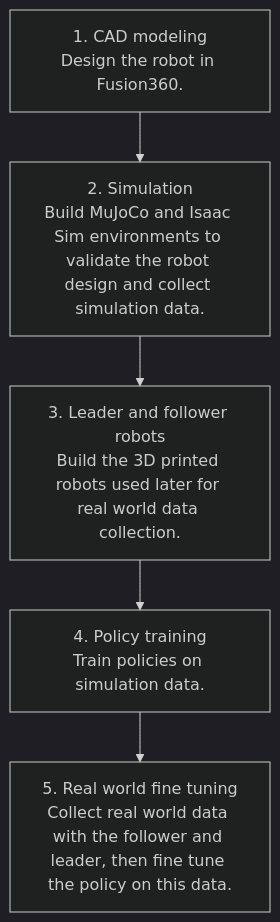
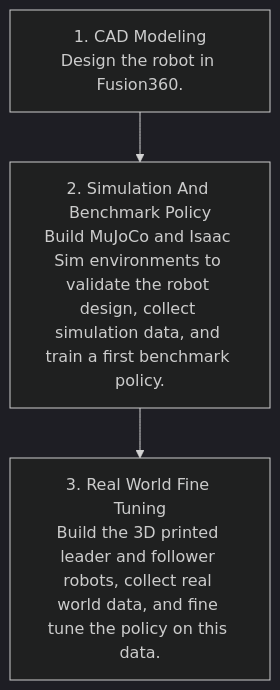
One commit to tmeynier/hepha changed the diagram in README.md. Above: the diagram before and after it, drawn with Mermaid (dark theme). The commit also changed other lines of this file, not shown here.

Commit message:
feat(report): first draft of the perspective section

````diff
--- a/README.md
+++ b/README.md
@@ -171,10 +169,7 @@
 ```mermaid
 flowchart TD
-    A["1. CAD modeling<br/>Design the robot in Fusion360."]
-    B["2. Simulation<br/>Build MuJoCo and Isaac Sim environments to validate the robot design and collect simulation data."]
-    C["3. Leader and follower robots<br/>Build the 3D printed robots used later for real world data collection."]
-    D["4. Policy training<br/>Train policies on simulation data."]
-    E["5. Real world fine tuning<br/>Collect real world data with the follower and leader, then fine tune the policy on this data."]
-
-    A --> B --> C --> D --> E
+    A["1. CAD Modeling<br/>Design the robot in Fusion360."]
+    B["2. Simulation And Benchmark Policy<br/>Build MuJoCo and Isaac Sim environments to validate the robot design, collect simulation data, and train a first benchmark policy."]
+    C["3. Real World Fine Tuning<br/>Build the 3D printed leader and follower robots, collect real world data, and fine tune the policy on this data."]
+    A --> B --> C
 ```
````
